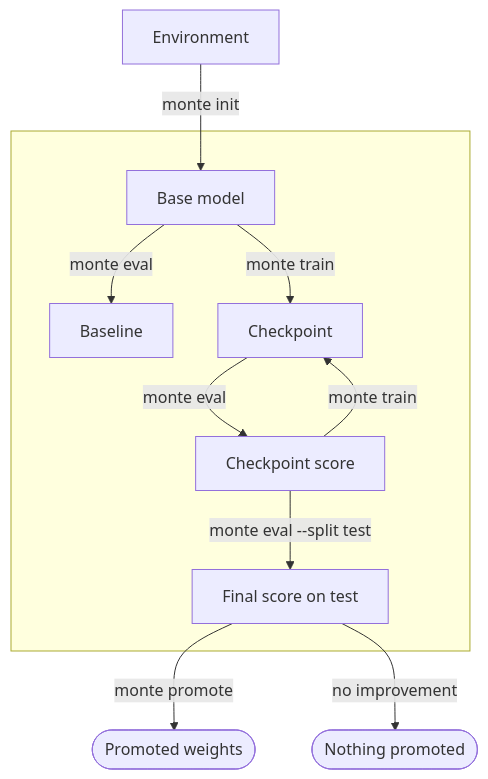
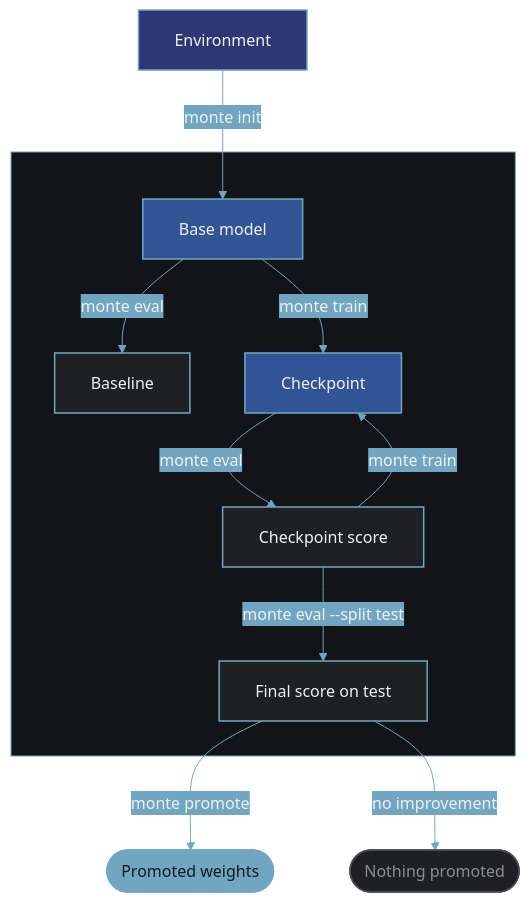
The diagram in index.mdx (Monte-Inc/internal-monte-platform-docs), drawn with Mermaid before and after one commit. The commit also changed other lines of this file, not shown here.

Commit message:
Updated mintlify pages
- Updated index.mdx

Mintlify-Source: dashboard-editor

````diff
--- a/index.mdx
+++ b/index.mdx
@@ -29,23 +30,29 @@
 ```mermaid actions={false}
-%%{init: {'flowchart': {'subGraphTitleMargin': {'top': 0, 'bottom': 12}, 'rankSpacing': 55, 'nodeSpacing': 45}}}%%
+%%{init: {'theme': 'base', 'themeVariables': {'primaryColor': '#1E2024', 'primaryTextColor': '#F0F1F2', 'primaryBorderColor': '#70A6C1', 'lineColor': '#70A6C1', 'textColor': '#F0F1F2', 'clusterBkg': '#121417', 'clusterBorder': '#70A6C1', 'edgeLabelBackground': '#70A6C1', 'tertiaryColor': '#1E2024', 'tertiaryTextColor': '#F0F1F2', 'tertiaryBorderColor': '#70A6C1'}, 'flowchart': {'subGraphTitleMargin': {'top': 0, 'bottom': 12}, 'rankSpacing': 70, 'nodeSpacing': 55, 'padding': 18}}}%%
 flowchart TD
-    ENV["Environment"]
+    ENV["Environment"]:::entry
 
     subgraph M[" "]
-        BM["Base model"]
-        BASE["Baseline"]
-        CP["Checkpoint"]
-        SCORE["Checkpoint score"]
-        FINAL["Final score on test"]
+        BM["Base model"]:::model
+        BASE["Baseline"]:::score
+        CP["Checkpoint"]:::model
+        SCORE["Checkpoint score"]:::score
+        FINAL["Final score on test"]:::score
 
-        BM -->|"monte eval"| BASE
-        BM -->|"monte train"| CP
-        CP -->|"monte eval"| SCORE
-        SCORE -->|"monte train"| CP
-        SCORE -->|"monte eval --split test"| FINAL
+        BM -->|" monte eval "| BASE
+        BM -->|" monte train "| CP
+        CP -->|" monte eval "| SCORE
+        SCORE -->|" monte train "| CP
+        SCORE -->|" monte eval --split test "| FINAL
     end
 
-    ENV -->|"monte init"| BM
-    FINAL -->|"monte promote"| PROM(["Promoted weights"])
-    FINAL -->|"no improvement"| NONE(["Nothing promoted"])
+    ENV -->|" monte init "| BM
+    FINAL -->|" monte promote "| PROM(["Promoted weights"]):::promoted
+    FINAL -->|" no improvement "| NONE(["Nothing promoted"]):::none
+
+    classDef entry fill:#2F3675,stroke:#70A6C1,stroke-width:1.5px,color:#F0F1F2;
+    classDef model fill:#315594,stroke:#70A6C1,stroke-width:1.5px,color:#F0F1F2;
+    classDef score fill:#1E2024,stroke:#70A6C1,stroke-width:1.5px,color:#F0F1F2;
+    classDef promoted fill:#70A6C1,stroke:#70A6C1,stroke-width:1.5px,color:#17181B;
+    classDef none fill:#1E2024,stroke:#4A4D50,stroke-width:1.5px,color:#8A8E92;
 ```
````
